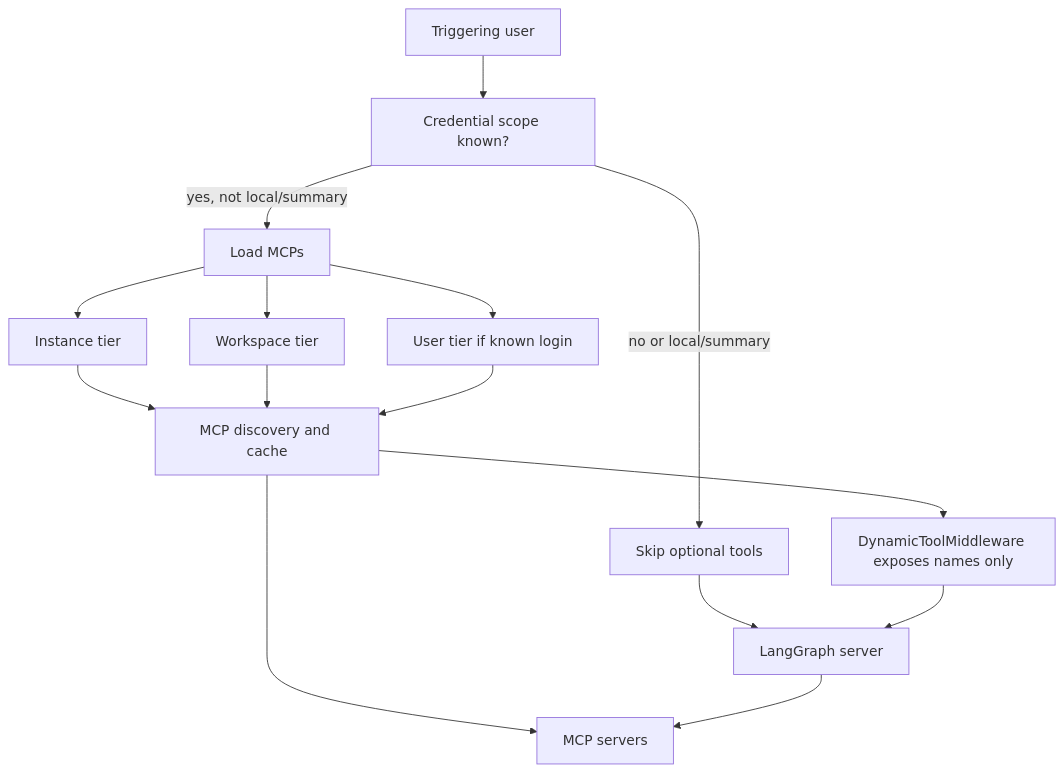
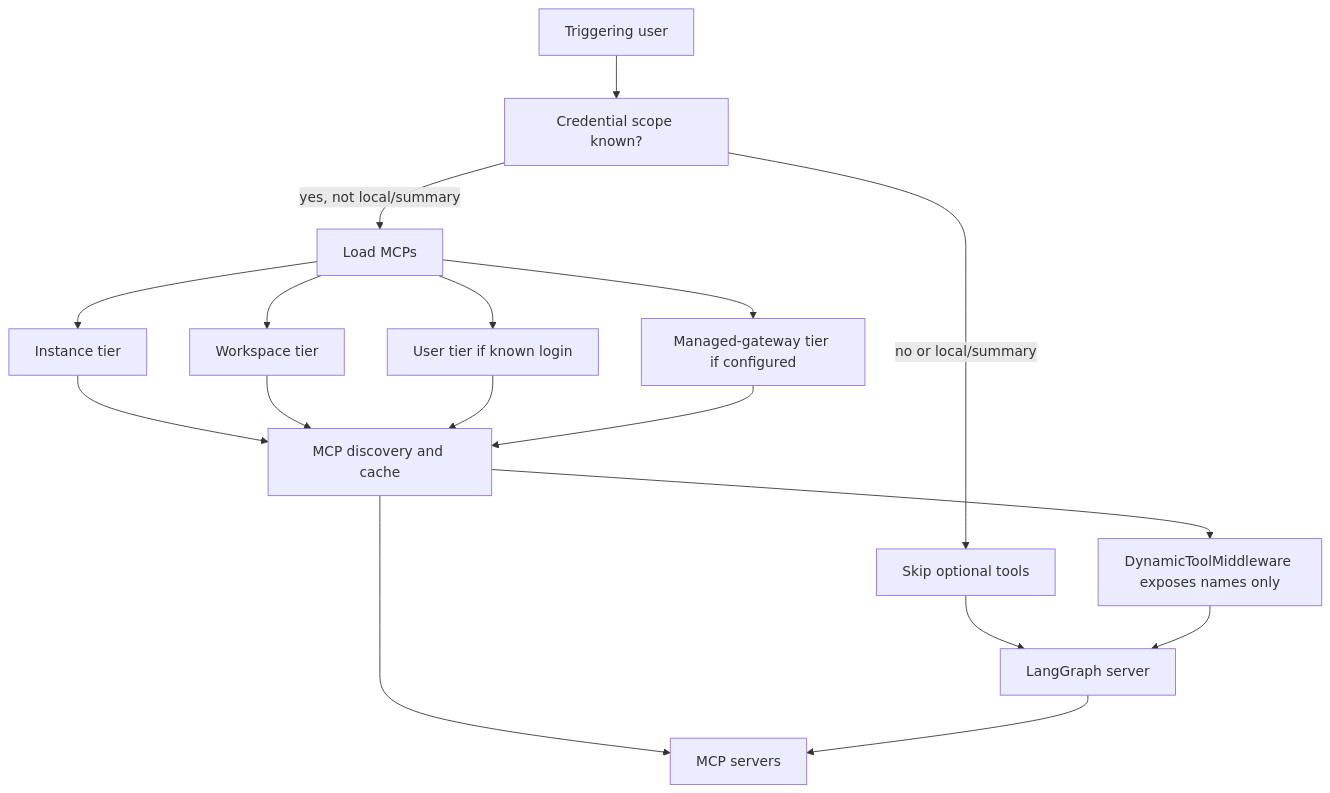
The diagram in openwiki/integrations/observability-and-mcp.md (aeteq/open-swe), drawn with Mermaid before and after one commit. The commit also changed other lines of this file and 20 other files, not shown here.

````diff
--- a/openwiki/integrations/observability-and-mcp.md
+++ b/openwiki/integrations/observability-and-mcp.md
@@ -179,17 +195,19 @@
 ```mermaid
 graph TD
   Trigger["Triggering user"] --> Scope["Credential scope known?"]
   Scope -->|yes, not local/summary| Load["Load MCPs"]
   Scope -->|no or local/summary| Skip["Skip optional tools"]
   Load --> Instance["Instance tier"]
   Load --> Workspace["Workspace tier"]
   Load --> User["User tier if known login"]
+  Load --> Managed["Managed-gateway tier if configured"]
   Instance --> Discover["MCP discovery and cache"]
   Workspace --> Discover
   User --> Discover
+  Managed --> Discover
   Discover --> Dynamic["DynamicToolMiddleware exposes names only"]
   Skip --> Server["LangGraph server"]
   Dynamic --> Server
   Discover --> MCP["MCP servers"]
   Server --> MCP
 ```
````
